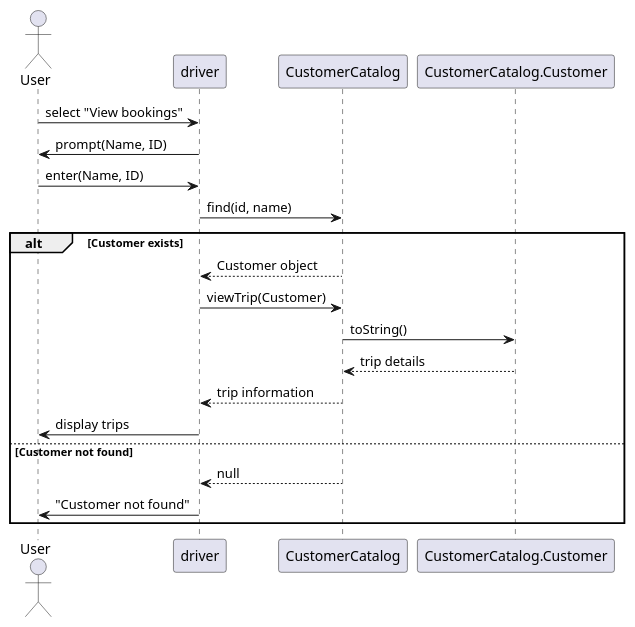
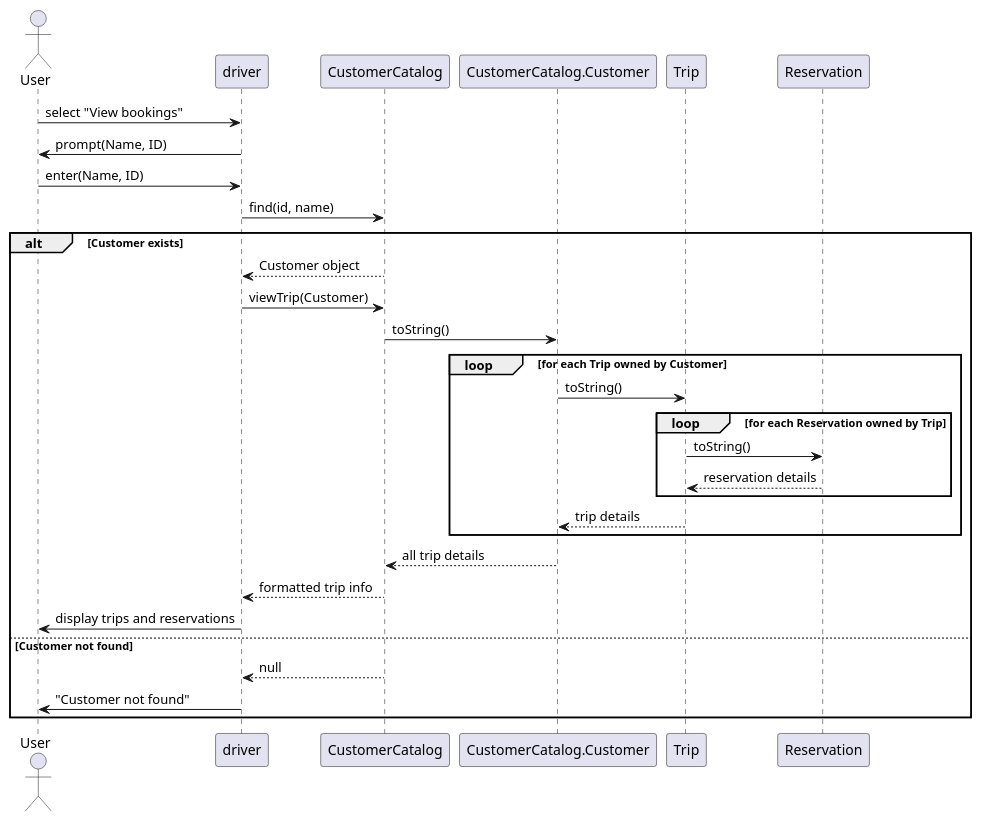
One commit to SamuelVachon/SOEN342 changed the diagram in src/Iteration_1/docs/UMLs/viewTripsSequence.puml. Above: the diagram before and after it, drawn with PlantUML. The commit also changed other lines of this file, not shown here.

Commit message:
Update viewTripsSequence.puml
added looped displaying

```diff
--- a/src/Iteration_1/docs/UMLs/viewTripsSequence.puml
+++ b/src/Iteration_1/docs/UMLs/viewTripsSequence.puml
@@ -1,23 +1,38 @@
 @startuml viewTripsSequence
 actor User
 participant driver
 participant CustomerCatalog
 participant "CustomerCatalog.Customer" as Customer
+participant Trip
+participant Reservation
 
 User -> driver : select "View bookings"
 driver -> User : prompt(Name, ID)
 User -> driver : enter(Name, ID)
 
 driver -> CustomerCatalog : find(id, name)
 alt Customer exists
     CustomerCatalog --> driver : Customer object
     driver -> CustomerCatalog : viewTrip(Customer)
+    
     CustomerCatalog -> Customer : toString()
-    Customer --> CustomerCatalog : trip details
-    CustomerCatalog --> driver : trip information
-    driver -> User : display trips
+    
+    loop for each Trip owned by Customer
+        Customer -> Trip : toString()
+        
+        loop for each Reservation owned by Trip
+            Trip -> Reservation : toString()
+            Reservation --> Trip : reservation details
+        end
+        
+        Trip --> Customer : trip details
+    end
+    
+    Customer --> CustomerCatalog : all trip details
+    CustomerCatalog --> driver : formatted trip info
+    driver -> User : display trips and reservations
 else Customer not found
     CustomerCatalog --> driver : null
     driver -> User : "Customer not found"
 end
 @enduml
```
